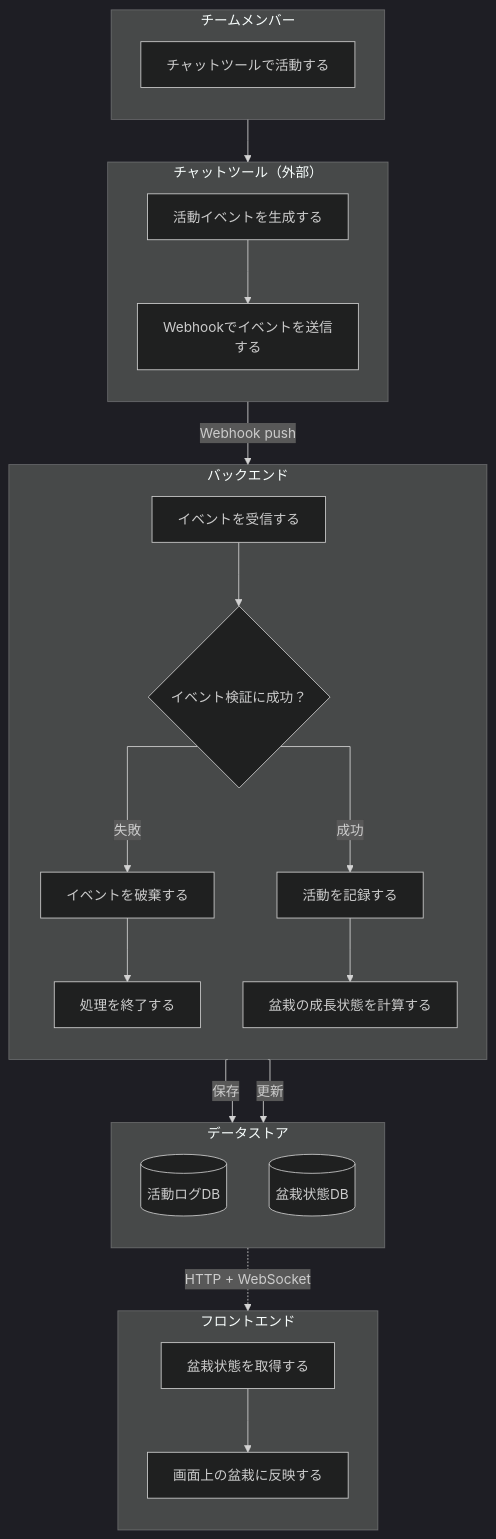
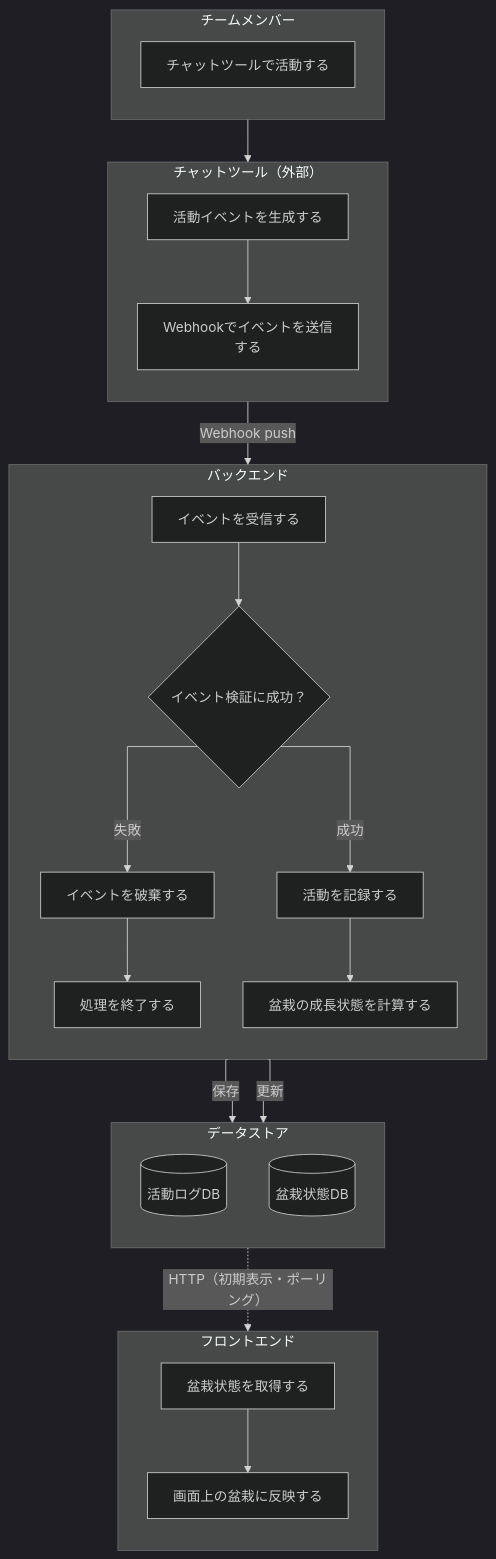
One commit to katsudon08/tamamori changed the first of 2 diagrams in docs/requirements.md. Above: the diagram before and after it, drawn with Mermaid (dark theme). The commit also changed other lines of this file and 2 other files, not shown here.

First line of the commit message:
docs(adr): 盆栽更新の反映にポーリングを採用し WebSocket をやめる (ADR-004) (#91) (#102)

````diff
--- a/docs/requirements.md
+++ b/docs/requirements.md
@@ -25,49 +25,49 @@
 ```mermaid
 %%{init: {"flowchart": {"curve": "stepAfter"}}}%%
 flowchart TD
     subgraph Team["チームメンバー"]
         direction TB
         UserPost["チャットツールで活動する"]
     end
 
     subgraph Chat["チャットツール（外部）"]
         direction TB
         ChatEvent["活動イベントを生成する"]
         WebhookPush["Webhookでイベントを送信する"]
     end
 
     subgraph Backend["バックエンド"]
         direction TB
         Receive["イベントを受信する"]
         Validate{"イベント検証に成功？"}
         Reject["イベントを破棄する"]
         Finish["処理を終了する"]
         Record["活動を記録する"]
         Growth["盆栽の成長状態を計算する"]
     end
 
     subgraph Store["データストア"]
         direction TB
         ActivityDb[("活動ログDB")]
         BonsaiDb[("盆栽状態DB")]
     end
 
     subgraph Frontend["フロントエンド"]
         direction TB
         FetchState["盆栽状態を取得する"]
         Render["画面上の盆栽に反映する"]
     end
 
     UserPost --> ChatEvent
     ChatEvent --> WebhookPush
     WebhookPush -->|Webhook push| Receive
     Receive --> Validate
     Validate -->|失敗| Reject
     Reject --> Finish
     Validate -->|成功| Record
     Record --> Growth
     Record -->|保存| ActivityDb
     Growth -->|更新| BonsaiDb
-    BonsaiDb -.->|HTTP + WebSocket| FetchState
+    BonsaiDb -.->|HTTP（初期表示・ポーリング）| FetchState
     FetchState --> Render
 ```
````
